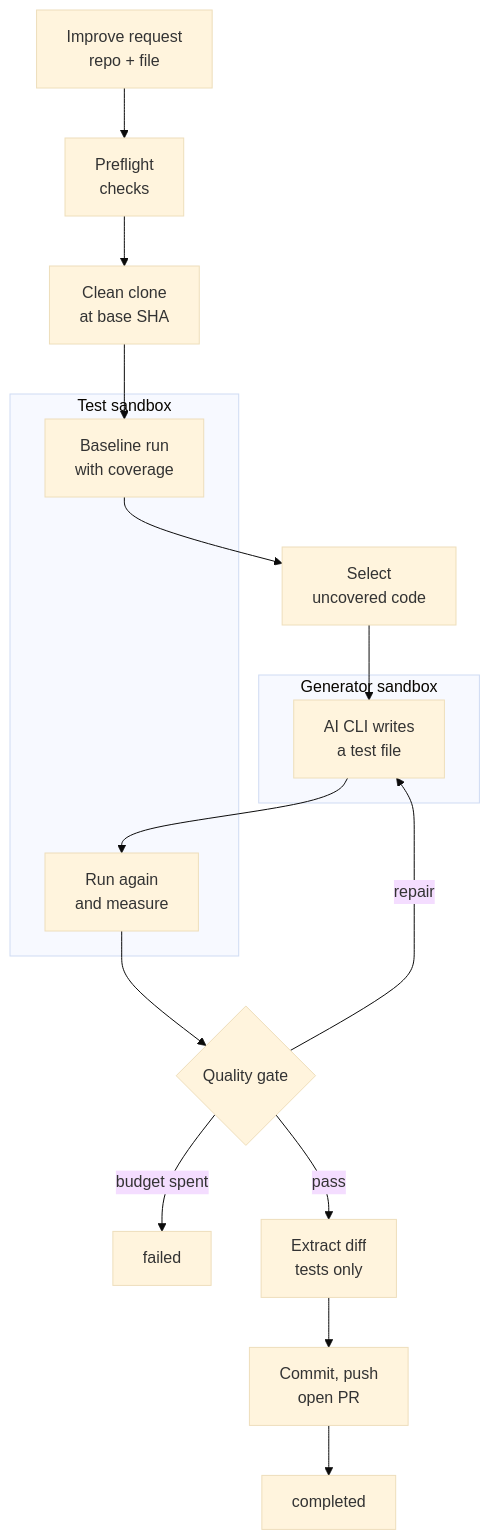
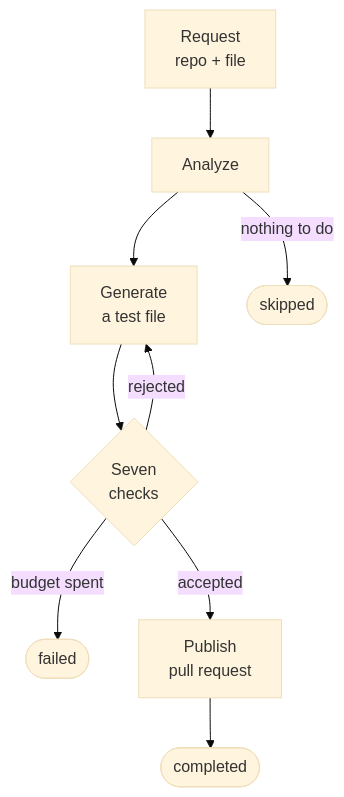
One commit to daitkhev/coverage-autopilot changed the diagram in docs/plan/scope-and-requirements.md. Above: the diagram before and after it, drawn with Mermaid (base theme). The commit also changed other lines of this file, not shown here.

````diff
--- a/docs/plan/scope-and-requirements.md
+++ b/docs/plan/scope-and-requirements.md
@@ -60,26 +50,11 @@
 ```mermaid
 flowchart TD
-    REQ["Improve request<br/>repo + file"] --> PRE["Preflight<br/>checks"]
-    PRE --> CLONE["Clean clone<br/>at base SHA"]
-    CLONE --> BASE
-
-    subgraph TESTBOX["Test sandbox"]
-        BASE["Baseline run<br/>with coverage"]
-        EXEC["Run again<br/>and measure"]
-    end
-
-    BASE --> SEL["Select<br/>uncovered code"]
-    SEL --> GEN
-
-    subgraph GENBOX["Generator sandbox"]
-        GEN["AI CLI writes<br/>a test file"]
-    end
-
-    GEN --> EXEC
-    EXEC --> GATE{"Quality gate"}
-    GATE -->|"repair"| GEN
-    GATE -->|"budget spent"| FAILED["failed"]
-    GATE -->|"pass"| DIFF["Extract diff<br/>tests only"]
-    DIFF --> PUB["Commit, push<br/>open PR"]
-    PUB --> DONE["completed"]
+    REQ["Request<br/>repo + file"] --> AN["Analyze"]
+    AN --> GEN["Generate<br/>a test file"]
+    GEN --> VER{"Seven<br/>checks"}
+    VER -->|"rejected"| GEN
+    VER -->|"budget spent"| FAIL(["failed"])
+    VER -->|"accepted"| PUB["Publish<br/>pull request"]
+    PUB --> DONE(["completed"])
+    AN -->|"nothing to do"| SKIP(["skipped"])
 ```
````
